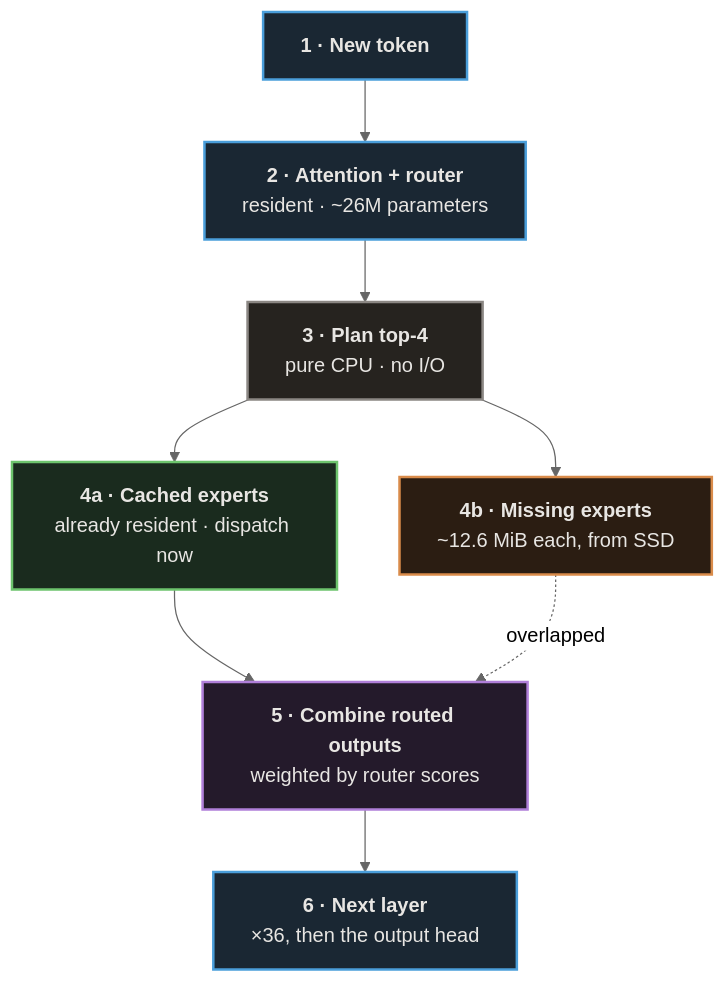
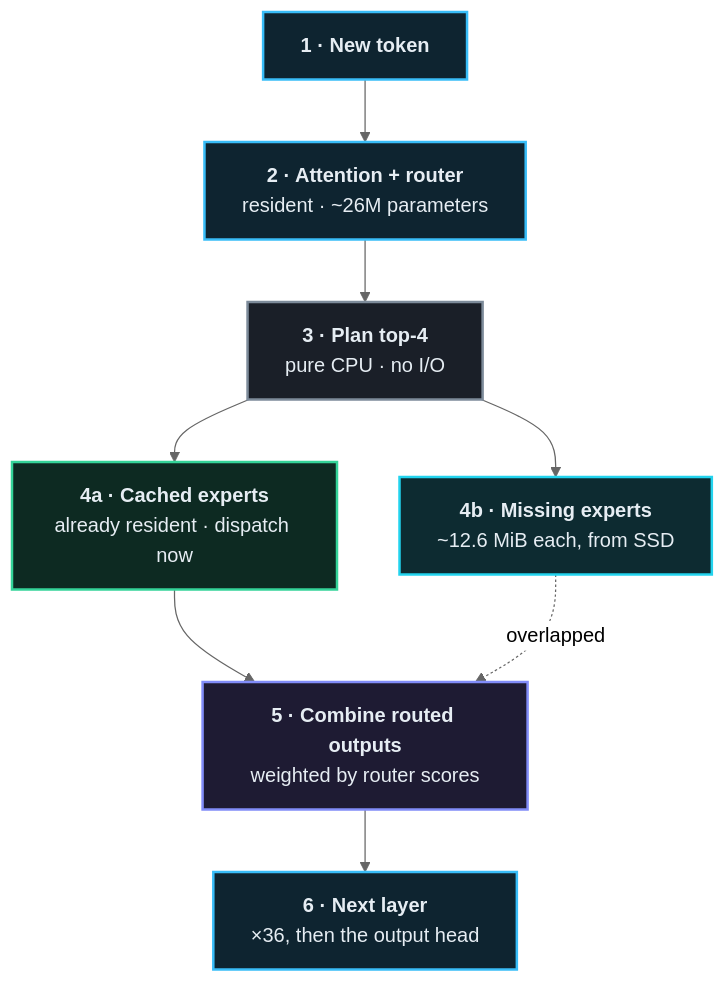
Before and after one commit to rayl15/Godwit: the diagram in README.md, drawn with Mermaid (neutral theme). The commit also changed other lines of this file and 12 other files, not shown here.

````diff
--- a/README.md
+++ b/README.md
@@ -169,30 +169,30 @@
 ```mermaid
 flowchart TD
     A["<b>1 · New token</b>"]
     B["<b>2 · Attention + router</b><br/>resident · ~26M parameters"]
     C["<b>3 · Plan top-4</b><br/>pure CPU · no I/O"]
     D["<b>4a · Cached experts</b><br/>already resident · dispatch now"]
     E["<b>4b · Missing experts</b><br/>~12.6 MiB each, from SSD"]
     F["<b>5 · Combine routed outputs</b><br/>weighted by router scores"]
     G["<b>6 · Next layer</b><br/>×36, then the output head"]
 
     A --> B
     B --> C
     C --> D
     C --> E
     D --> F
     E -. "overlapped" .-> F
     F --> G
 
-    classDef resident fill:#1a2733,stroke:#4a9eda,stroke-width:2px,color:#e8e6e3
-    classDef cpu fill:#26231f,stroke:#8b8783,stroke-width:2px,color:#e8e6e3
-    classDef hit fill:#1a2b1e,stroke:#6dc46d,stroke-width:2px,color:#e8e6e3
-    classDef miss fill:#2b1d12,stroke:#d98b4a,stroke-width:2px,color:#e8e6e3
-    classDef exec fill:#241a2b,stroke:#b07fd9,stroke-width:2px,color:#e8e6e3
+    classDef resident fill:#0e2430,stroke:#38bdf8,stroke-width:2px,color:#e6edf3
+    classDef cpu fill:#1a1f28,stroke:#7d8b9a,stroke-width:2px,color:#e6edf3
+    classDef hit fill:#0d2a22,stroke:#34d399,stroke-width:2px,color:#e6edf3
+    classDef miss fill:#0d2b31,stroke:#22d3ee,stroke-width:2px,color:#e6edf3
+    classDef exec fill:#1e1b33,stroke:#818cf8,stroke-width:2px,color:#e6edf3
 
     class A,B,G resident
     class C cpu
     class D hit
     class E miss
     class F exec
 ```
````
